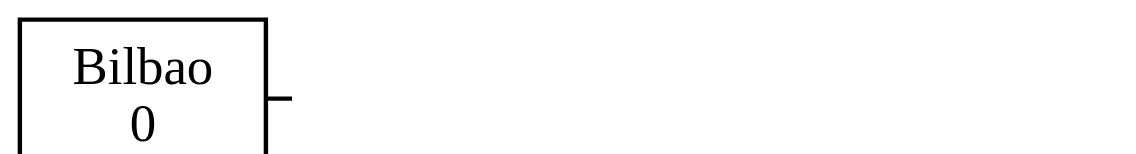
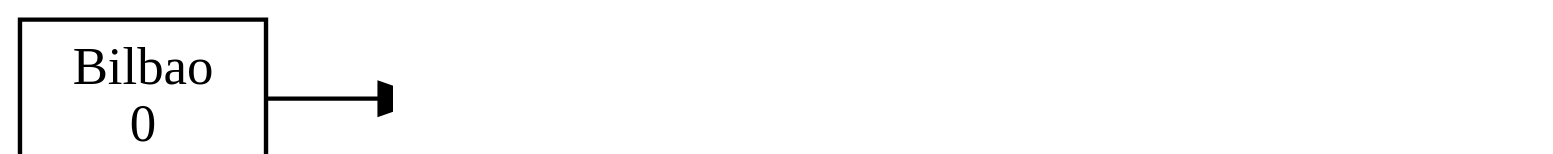
The diagram in [EDD]Proyecto2/Lista_Rutas1.dot (Pegre369/-EDD-Proyecto2_201701187_201706357), drawn with Graphviz before and after one commit. The commit also changed 11 other files, not shown here.

```diff
--- a/[EDD]Proyecto2/Lista_Rutas1.dot
+++ b/[EDD]Proyecto2/Lista_Rutas1.dot
@@ -1,14 +1,17 @@
 digraph G {
  rankdir=LR 
  node[shape=box];
 graph [ dpi = 300 ];
 Bilbao[ label = "Bilbao
 0", fontsize=12]; 
-Valladolid[ label = "Valladolid
-280", fontsize=12];
-Coruña[ label = "Coruña
-735", fontsize=12];
-Bilbao->Valladolid;
-Valladolid->Coruña;
+Madrid[ label = "Madrid
+395", fontsize=12];
+Albacete[ label = "Albacete
+646", fontsize=12];
+Valencia[ label = "Valencia
+837", fontsize=12];
+Bilbao->Madrid;
+Madrid->Albacete;
+Albacete->Valencia;
 
 }
```
